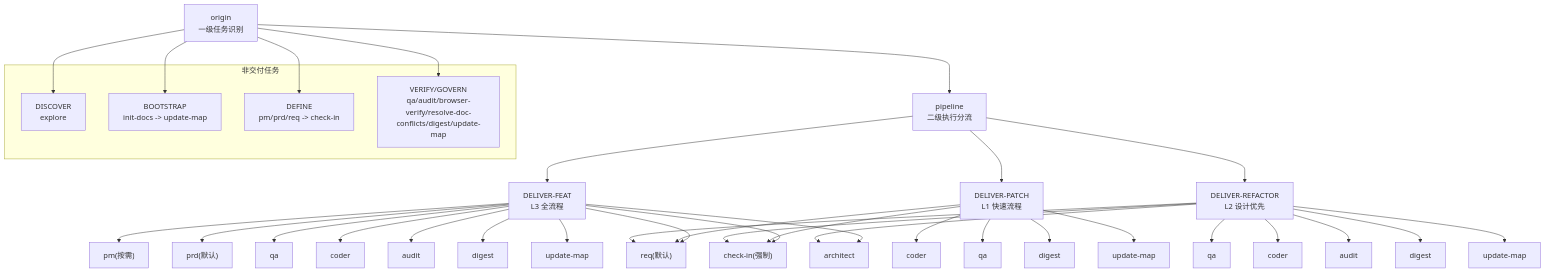
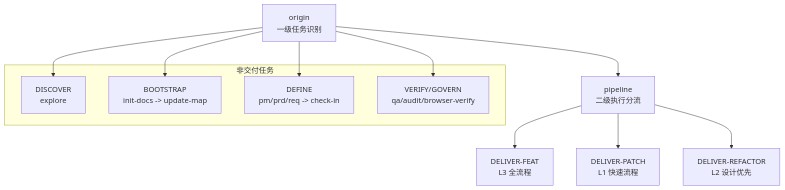
The diagram in content/wiki/04-技能系统/00-技能系统架构.md (CryptoLinxu/Web3-AI-Agent-WebSite), drawn with Mermaid before and after one commit. The commit also changed other lines of this file and 59 other files, not shown here.

````diff
--- a/content/wiki/04-技能系统/00-技能系统架构.md
+++ b/content/wiki/04-技能系统/00-技能系统架构.md
@@ -260,41 +39,17 @@
 ```mermaid
 graph TB
 O["origin<br/>一级任务识别"] --> P["pipeline<br/>二级执行分流"]
 P --> DF["DELIVER-FEAT<br/>L3 全流程"]
 P --> DP["DELIVER-PATCH<br/>L1 快速流程"]
 P --> DR["DELIVER-REFACTOR<br/>L2 设计优先"]
-DF --> PM["pm(按需)"]
-DF --> PRD["prd(默认)"]
-DF --> REQ["req(默认)"]
-DF --> CI["check-in(强制)"]
-DF --> ARC["architect"]
-DF --> QA1["qa"]
-DF --> CODER1["coder"]
-DF --> AUD1["audit"]
-DF --> DIG1["digest"]
-DF --> UM1["update-map"]
-DP --> REQ
-DP --> CI
-DP --> CODER2["coder"]
-DP --> QA2["qa"]
-DP --> DIG2["digest"]
-DP --> UM2["update-map"]
-DR --> REQ
-DR --> CI
-DR --> ARC
-DR --> QA3["qa"]
-DR --> CODER3["coder"]
-DR --> AUD2["audit"]
-DR --> DIG3["digest"]
-DR --> UM3["update-map"]
 subgraph "非交付任务"
 DIS["DISCOVER<br/>explore"]
 BOOT["BOOTSTRAP<br/>init-docs -> update-map"]
 DEF["DEFINE<br/>pm/prd/req -> check-in"]
-VER["VERIFY/GOVERN<br/>qa/audit/browser-verify/resolve-doc-conflicts/digest/update-map"]
+VER["VERIFY/GOVERN<br/>qa/audit/browser-verify"]
 end
 O --> DIS
 O --> BOOT
 O --> DEF
 O --> VER
 ```
````
